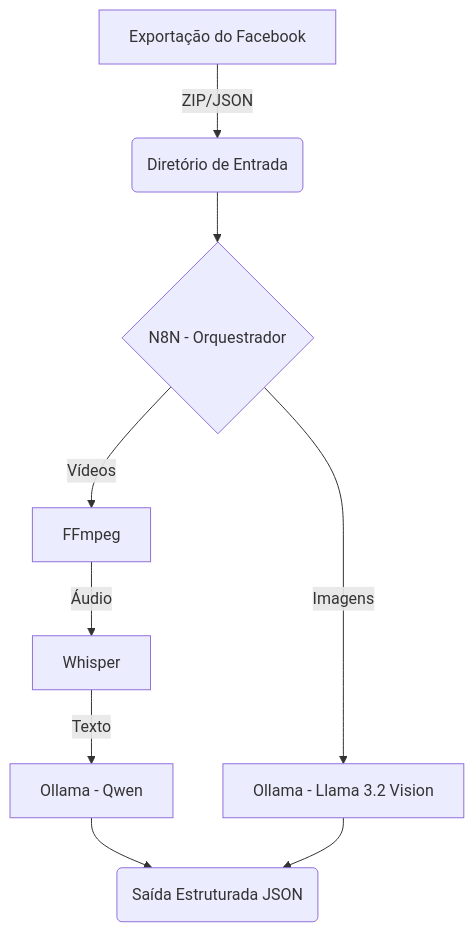
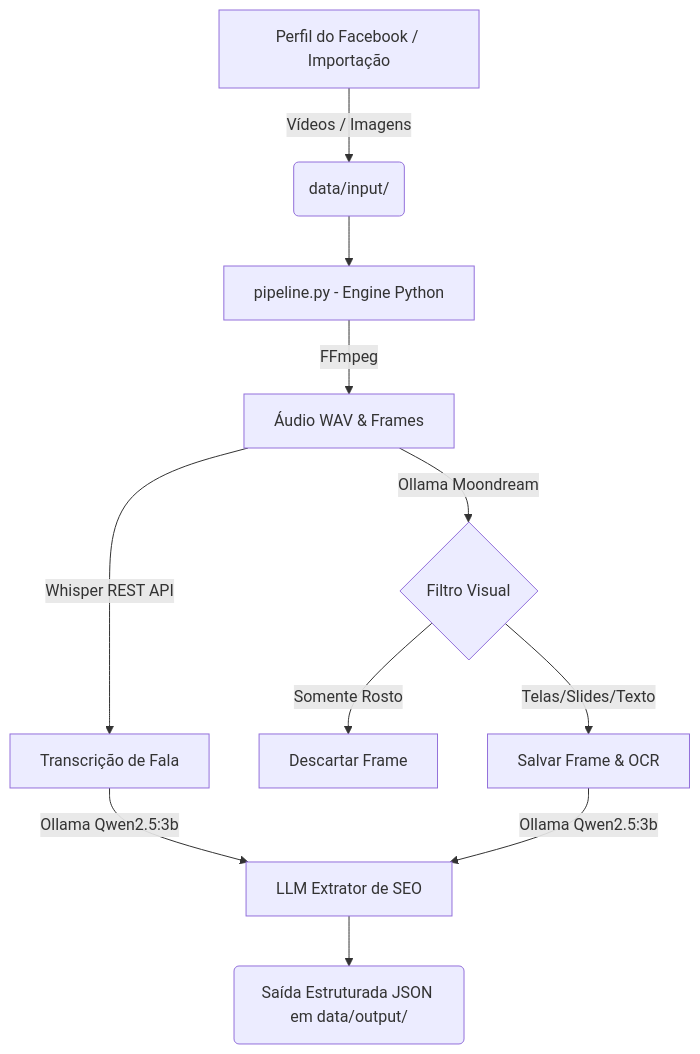
The diagram in README.md (renatos/PipelineFace), drawn with Mermaid before and after one commit. The commit also changed other lines of this file and 6 other files, not shown here.

Commit message:
feat: migrate pipeline to 100% Python and remove N8N/PostgreSQL dependencies

````diff
--- a/README.md
+++ b/README.md
@@ -13,11 +22,12 @@
 ```mermaid
 flowchart TD
-    A[Exportação do Facebook] -->|ZIP/JSON| B(Diretório de Entrada)
-    B --> C{N8N - Orquestrador}
-    C -->|Vídeos| D[FFmpeg]
-    D -->|Áudio| E[Whisper]
-    E -->|Texto| F[Ollama - Qwen]
-    C -->|Imagens| G[Ollama - Llama 3.2 Vision]
-    F --> H(Saída Estruturada JSON)
-    G --> H
+    A[Perfil do Facebook / Importação] -->|Vídeos / Imagens| B(data/input/)
+    B --> C[pipeline.py - Engine Python]
+    C -->|FFmpeg| D[Áudio WAV & Frames]
+    D -->|Whisper REST API| E[Transcrição de Fala]
+    D -->|Ollama Moondream| F{Filtro Visual}
+    F -->|Somente Rosto| G[Descartar Frame]
+    F -->|Telas/Slides/Texto| H[Salvar Frame & OCR]
+    E & H -->|Ollama Qwen2.5:3b| I[LLM Extrator de SEO]
+    I --> J(Saída Estruturada JSON em data/output/)
 ```
````
